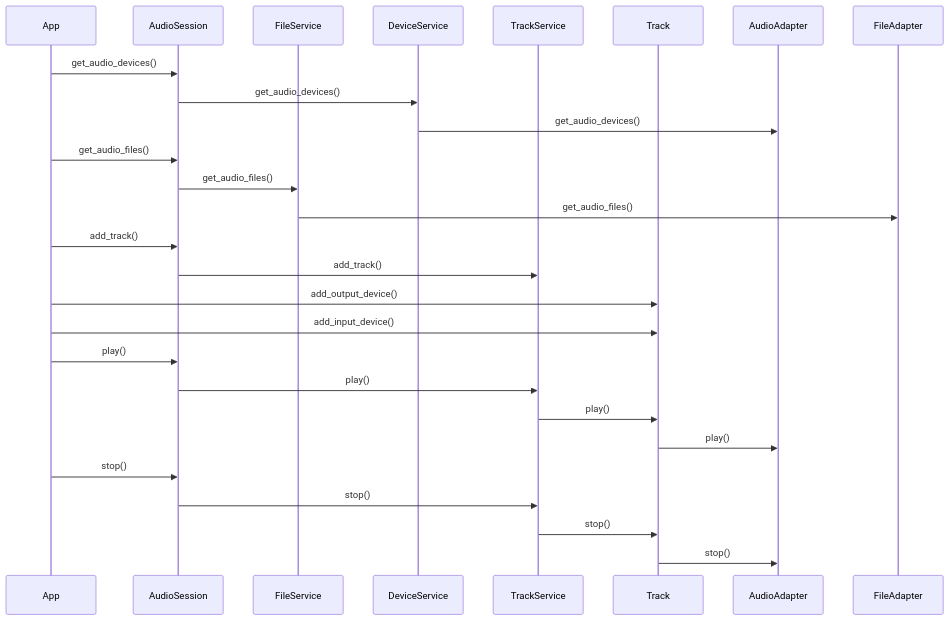
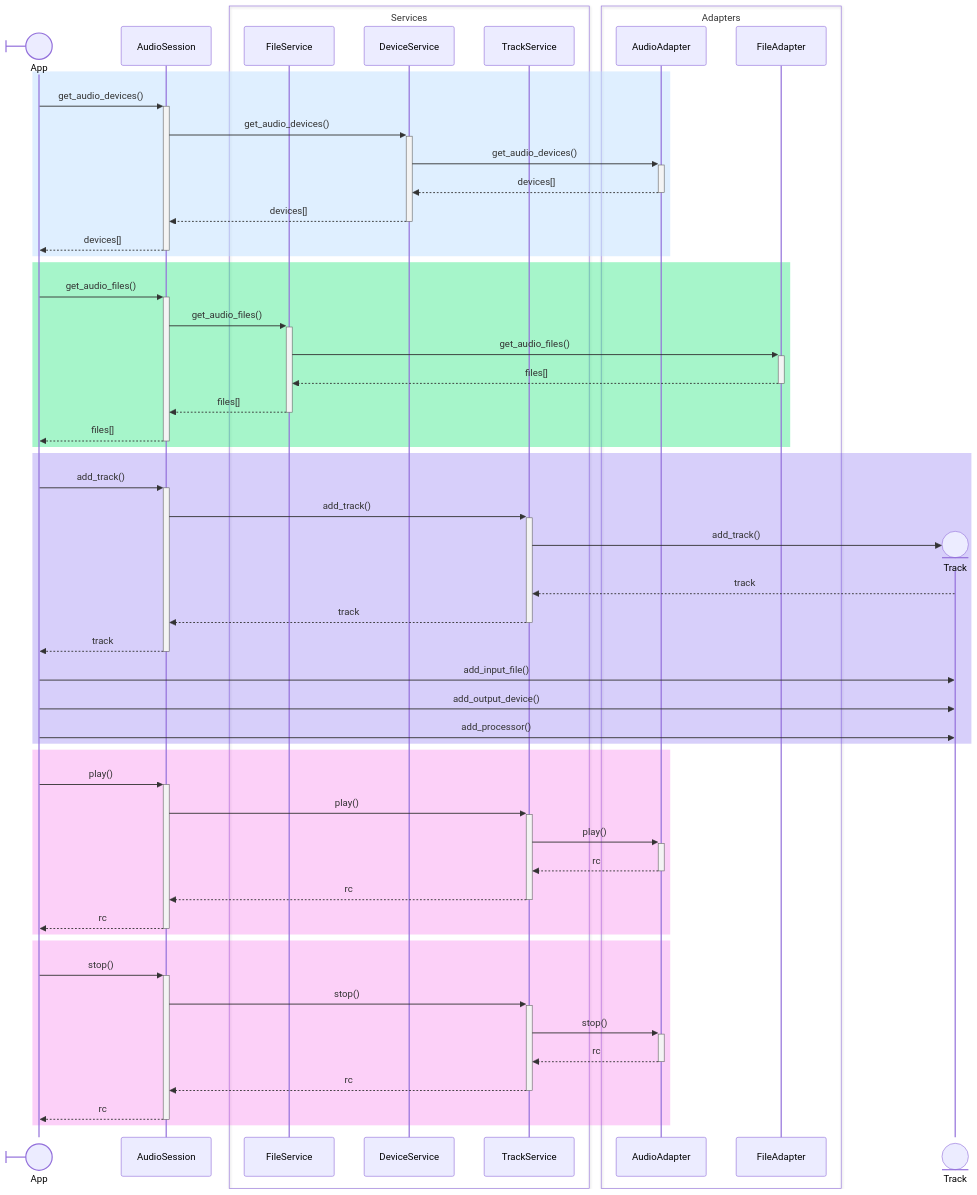
One commit to aidan-clyens/miniaudioengine changed diagram 20 of 25 in docs/DESIGN_DOC.md. Above: the diagram before and after it, drawn with Mermaid. The commit also changed other lines of this file and 1 other file, not shown here.

````diff
--- a/docs/DESIGN_DOC.md
+++ b/docs/DESIGN_DOC.md
@@ -688,36 +759,72 @@
-```mermaid
+```mermaid caption="Play Audio File to Output Device"
 sequenceDiagram
 
-    participant App
+    participant App@{ "type": "boundary" }
     participant AudioSession
-    participant FileService
-    participant DeviceService
-    participant TrackService
-    participant Track
-    participant AudioAdapter
-    participant FileAdapter
 
-    App->>AudioSession: get_audio_devices()
-    AudioSession->>DeviceService: get_audio_devices()
-    DeviceService->>AudioAdapter: get_audio_devices()
+    box Services
+      participant FileService
+      participant DeviceService
+      participant TrackService
+    end
 
-    App->>AudioSession: get_audio_files()
-    AudioSession->>FileService: get_audio_files()
-    FileService->>FileAdapter: get_audio_files()
+    box Adapters
+      participant AudioAdapter
+      participant FileAdapter
+    end
 
-    App->>AudioSession: add_track()
-    AudioSession->>TrackService: add_track()
+    rect rgba(191, 223, 255, 0.5)
+      App->>+AudioSession: get_audio_devices()
+      AudioSession->>+DeviceService: get_audio_devices()
+      DeviceService->>+AudioAdapter: get_audio_devices()
 
-    App->>Track: add_output_device()
-    App->>Track: add_input_device()
+      AudioAdapter-->>-DeviceService: devices[]
+      DeviceService-->>-AudioSession: devices[]
+      AudioSession-->>-App: devices[]
+    end
 
-    App->>AudioSession: play()
-    AudioSession->>TrackService: play()
-    TrackService->>Track: play()
-    Track->>AudioAdapter: play()
+    rect rgba(33, 231, 122, 0.4)
+      App->>+AudioSession: get_audio_files()
+      AudioSession->>+FileService: get_audio_files()
+      FileService->>+FileAdapter: get_audio_files()
 
-    App->>AudioSession: stop()
-    AudioSession->>TrackService: stop()
-    TrackService->>Track: stop()
-    Track->>AudioAdapter: stop()
+      FileAdapter-->>-FileService: files[]
+      FileService-->>-AudioSession: files[]
+      AudioSession-->>-App: files[]
+    end
+
+    rect rgba(102, 72, 235, 0.26)
+      App->>+AudioSession: add_track()
+      AudioSession->>+TrackService: add_track()
+      create participant Track@{ "type": "entity" }
+      TrackService->>Track: add_track()
+
+      Track-->>TrackService: track
+      TrackService-->>-AudioSession: track
+      AudioSession-->>-App: track
+
+      App->>Track: add_input_file()
+      App->>Track: add_output_device()
+      App->>Track: add_processor()
+    end
+
+    rect rgba(241, 76, 228, 0.26)
+      App->>+AudioSession: play()
+      AudioSession->>+TrackService: play()
+      TrackService->>+AudioAdapter: play()
+
+      AudioAdapter-->>-TrackService: rc
+      TrackService-->>-AudioSession: rc
+      AudioSession-->>-App: rc
+    end
+
+    rect rgba(241, 76, 228, 0.26)
+      App->>+AudioSession: stop()
+      AudioSession->>+TrackService: stop()
+      TrackService->>+AudioAdapter: stop()
+    
+      AudioAdapter-->>-TrackService: rc
+      TrackService-->>-AudioSession: rc
+      AudioSession-->>-App: rc
+    end
 ```
````
